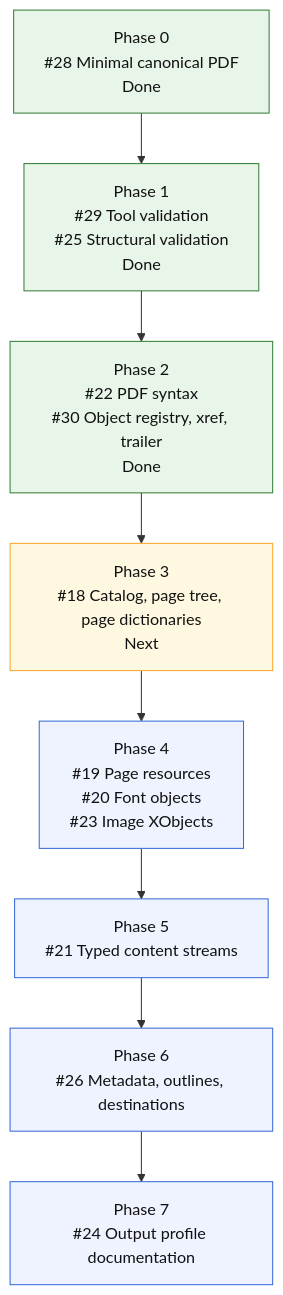
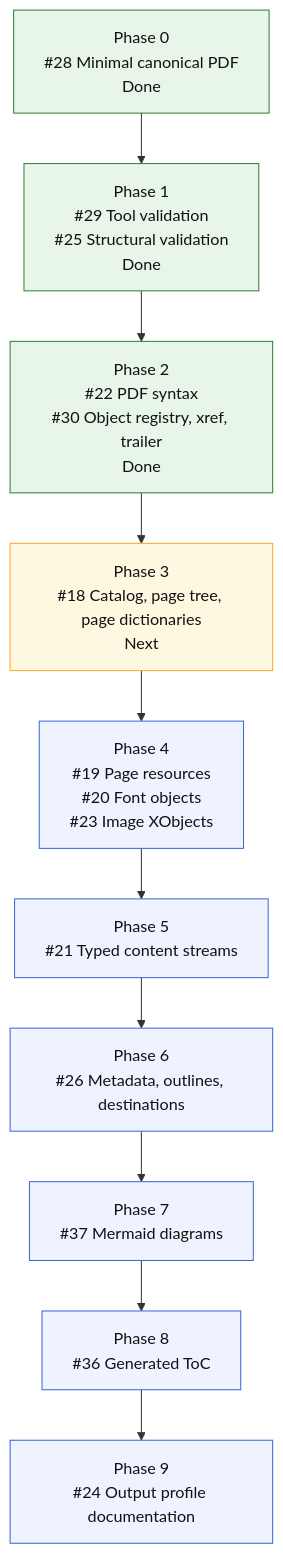
Before and after one commit to mihaelamj/MarkdownPDF: the diagram in README.md, drawn with Mermaid. The commit also changed other lines of this file, not shown here.

Commit message:
docs(readme): show toc and mermaid roadmap phases

````diff
--- a/README.md
+++ b/README.md
@@ -123,20 +126,22 @@
 ```mermaid
 flowchart TD
     P0["Phase 0<br/>#28 Minimal canonical PDF<br/>Done"]
     P1["Phase 1<br/>#29 Tool validation<br/>#25 Structural validation<br/>Done"]
     P2["Phase 2<br/>#22 PDF syntax<br/>#30 Object registry, xref, trailer<br/>Done"]
     P3["Phase 3<br/>#18 Catalog, page tree, page dictionaries<br/>Next"]
     P4["Phase 4<br/>#19 Page resources<br/>#20 Font objects<br/>#23 Image XObjects"]
     P5["Phase 5<br/>#21 Typed content streams"]
     P6["Phase 6<br/>#26 Metadata, outlines, destinations"]
-    P7["Phase 7<br/>#24 Output profile documentation"]
+    P7["Phase 7<br/>#37 Mermaid diagrams"]
+    P8["Phase 8<br/>#36 Generated ToC"]
+    P9["Phase 9<br/>#24 Output profile documentation"]
 
-    P0 --> P1 --> P2 --> P3 --> P4 --> P5 --> P6 --> P7
+    P0 --> P1 --> P2 --> P3 --> P4 --> P5 --> P6 --> P7 --> P8 --> P9
 
     classDef done fill:#e8f5e9,stroke:#2e7d32,color:#111;
     classDef next fill:#fff8e1,stroke:#f9a825,color:#111;
     classDef todo fill:#eef3ff,stroke:#3367d6,color:#111;
     class P0,P1,P2 done;
     class P3 next;
-    class P4,P5,P6,P7 todo;
+    class P4,P5,P6,P7,P8,P9 todo;
 ```
````
